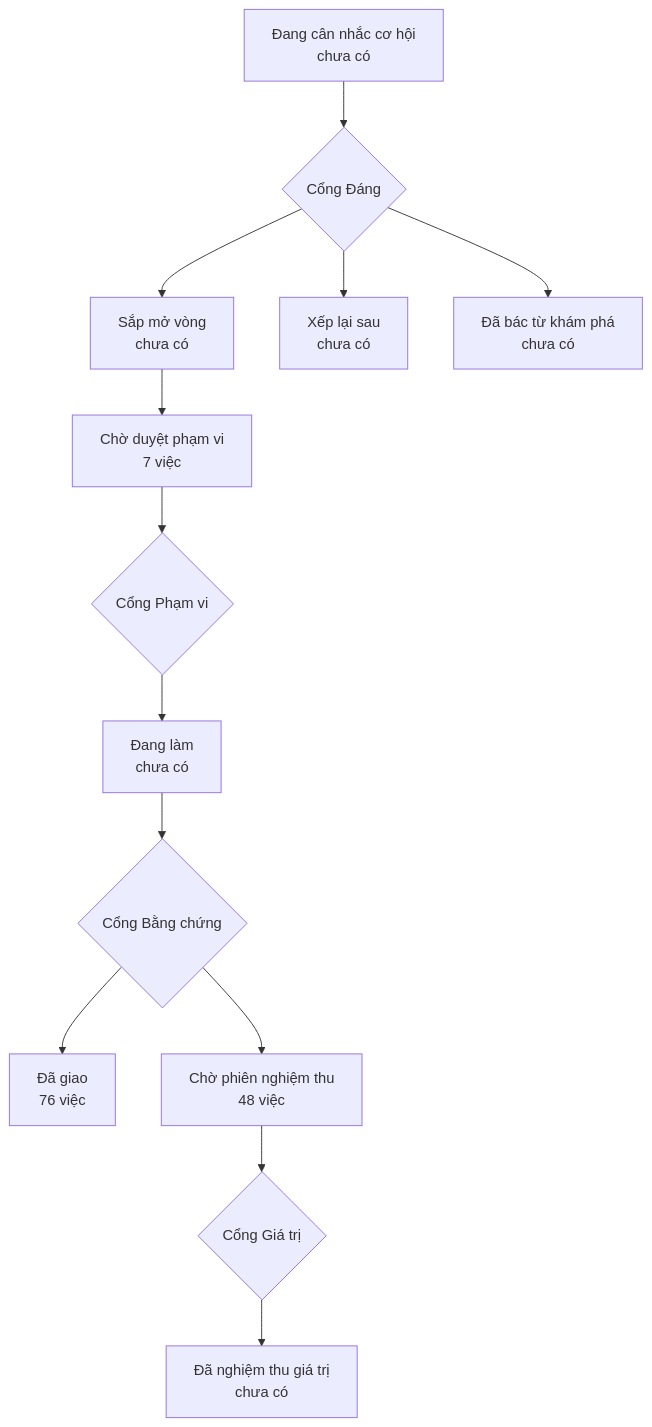
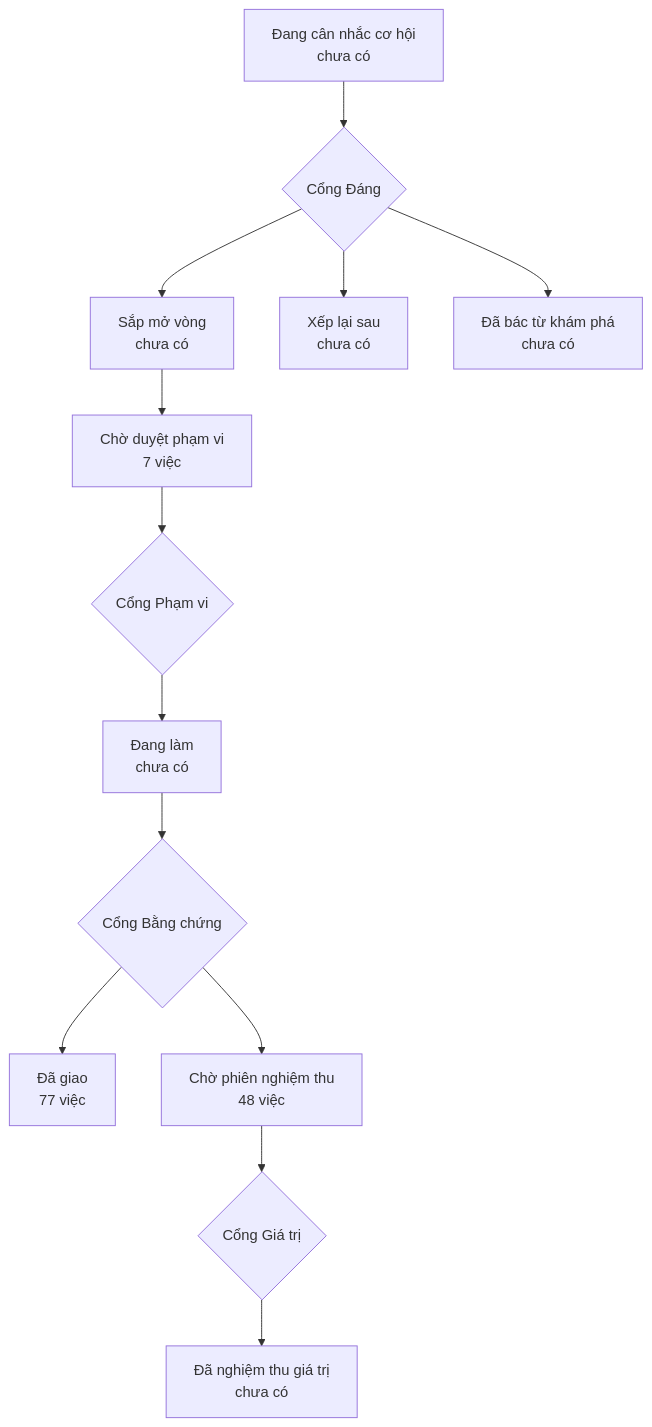
The diagram in PRODUCT-MAP.md (phanlemanh/onehub-invest), drawn with Mermaid before and after one commit. The commit also changed other lines of this file and 7 other files, not shown here.

````diff
--- a/PRODUCT-MAP.md
+++ b/PRODUCT-MAP.md
@@ -7,12 +7,12 @@
 ```mermaid
 flowchart TD
   A["Đang cân nhắc cơ hội<br/>chưa có"] --> GD{"Cổng Đáng"}
   GD --> B["Sắp mở vòng<br/>chưa có"]
   GD --> XL["Xếp lại sau<br/>chưa có"]
   GD --> DB["Đã bác từ khám phá<br/>chưa có"]
   B --> CD["Chờ duyệt phạm vi<br/>7 việc"] --> GP{"Cổng Phạm vi"}
   GP --> DL["Đang làm<br/>chưa có"] --> GB{"Cổng Bằng chứng"}
-  GB --> DG["Đã giao<br/>76 việc"]
+  GB --> DG["Đã giao<br/>77 việc"]
   GB --> CN["Chờ phiên nghiệm thu<br/>48 việc"] --> GG{"Cổng Giá trị"}
   GG --> NT["Đã nghiệm thu giá trị<br/>chưa có"]
 ```
````
